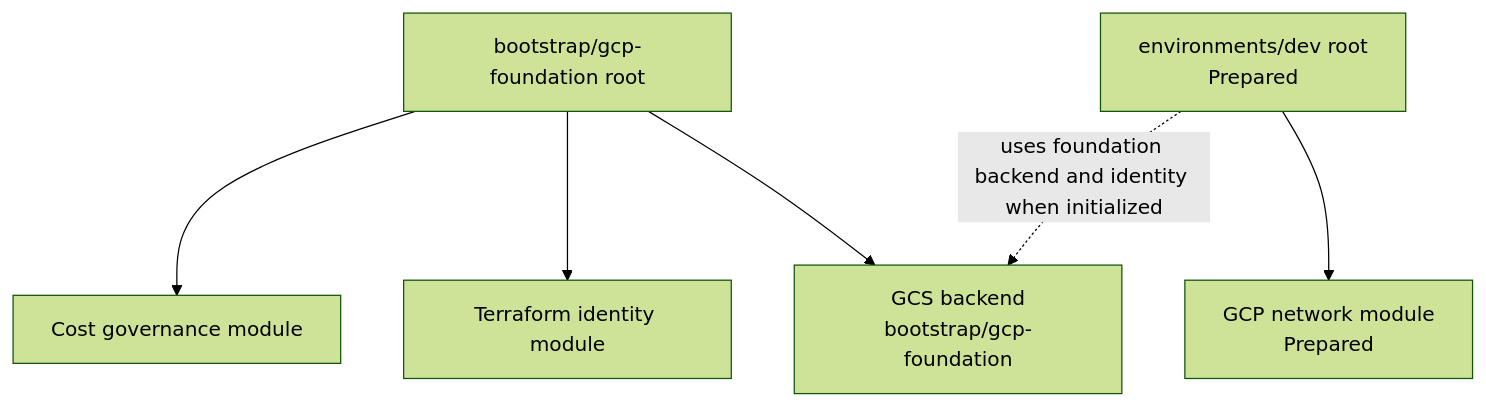
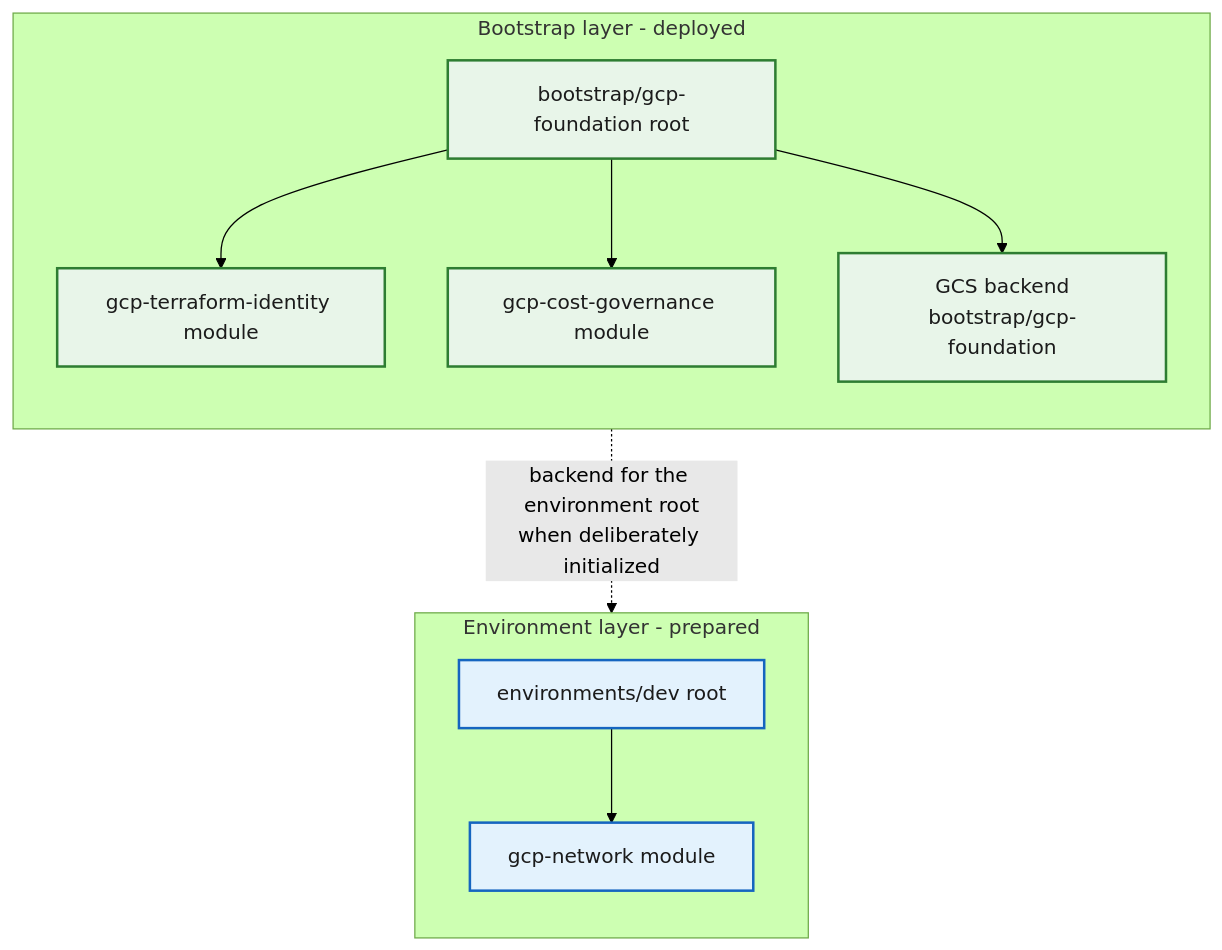
Before and after one commit to sindredg/hybrid-cloud-infra-and-identities: the second of 2 diagrams in docs/architecture/gcp.md, drawn with Mermaid (forest theme). The commit also changed other lines of this file and 2 other files, not shown here.

Commit message:
Improve architecture diagrams

````diff
--- a/docs/architecture/gcp.md
+++ b/docs/architecture/gcp.md
@@ -97,15 +121,27 @@
 ```mermaid
-flowchart TD
-    Bootstrap["bootstrap/gcp-foundation root"]
-    State["GCS backend<br/>bootstrap/gcp-foundation"]
-    Identity["Terraform identity module"]
-    Cost["Cost governance module"]
-    Dev["environments/dev root<br/>Prepared"]
-    Network["GCP network module<br/>Prepared"]
+flowchart TB
+    subgraph BootstrapLayer["Bootstrap layer - deployed"]
+        direction TB
+        Bootstrap["bootstrap/gcp-foundation root"]
+        Identity["gcp-terraform-identity module"]
+        Cost["gcp-cost-governance module"]
+        State["GCS backend<br/>bootstrap/gcp-foundation"]
+        Bootstrap --> Identity
+        Bootstrap --> Cost
+        Bootstrap --> State
+    end
 
-    Bootstrap --> State
-    Bootstrap --> Identity
-    Bootstrap --> Cost
-    Dev --> Network
-    Dev -. "uses foundation backend and identity when initialized" .-> State
+    subgraph EnvironmentLayer["Environment layer - prepared"]
+        direction TB
+        Dev["environments/dev root"]
+        Network["gcp-network module"]
+        Dev --> Network
+    end
+
+    State -. "backend for the environment root<br/>when deliberately initialized" .-> Dev
+
+    classDef deployed fill:#e8f5e9,stroke:#2e7d32,color:#1b1b1b,stroke-width:2px;
+    classDef prepared fill:#e3f2fd,stroke:#1565c0,color:#1b1b1b,stroke-width:2px;
+    class Bootstrap,Identity,Cost,State deployed;
+    class Dev,Network prepared;
 ```
````
